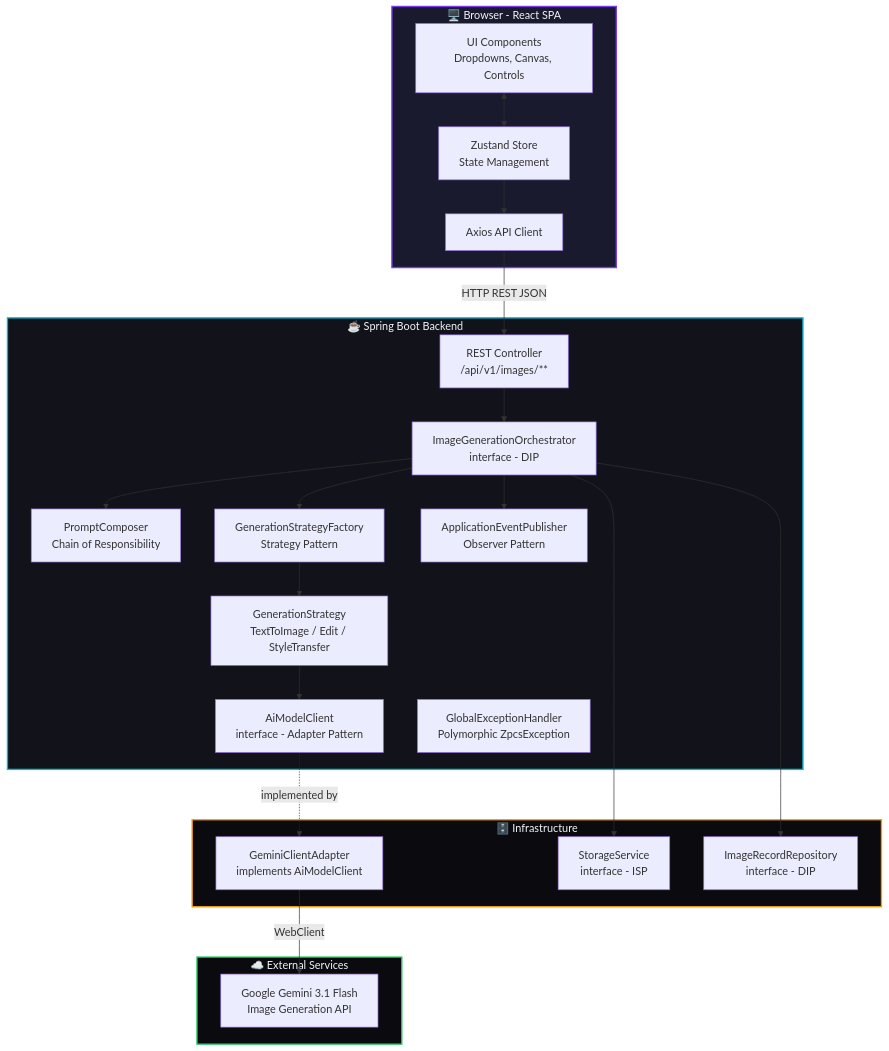
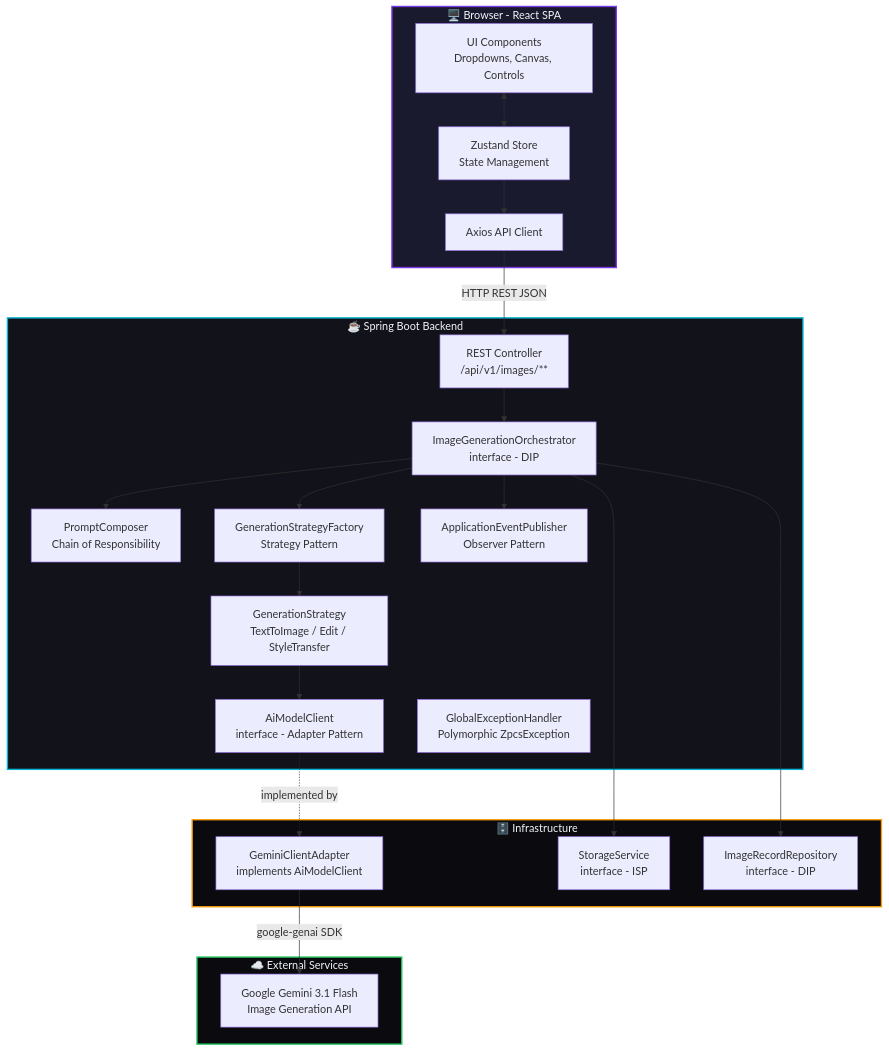
The first of 7 diagrams in docs/specs/architecture.md (nitin737/Zero-Prompt-Creative-Studio), drawn with Mermaid before and after one commit. The commit also changed other lines of this file and 17 other files, not shown here.

````diff
--- a/docs/specs/architecture.md
+++ b/docs/specs/architecture.md
@@ -171,48 +170,48 @@
 ```mermaid
 graph TB
     subgraph Client["🖥️ Browser - React SPA"]
         UI["UI Components<br/>Dropdowns, Canvas, Controls"]
         Store["Zustand Store<br/>State Management"]
         APIClient["Axios API Client"]
         UI <--> Store
         Store --> APIClient
     end
 
     subgraph Backend["☕ Spring Boot Backend"]
         Controller["REST Controller<br/>/api/v1/images/**"]
         Orchestrator["ImageGenerationOrchestrator<br/>interface - DIP"]
         PromptComposer["PromptComposer<br/>Chain of Responsibility"]
         StrategyFactory["GenerationStrategyFactory<br/>Strategy Pattern"]
         Strategy["GenerationStrategy<br/>TextToImage / Edit / StyleTransfer"]
         AIClient["AiModelClient<br/>interface - Adapter Pattern"]
         EventBus["ApplicationEventPublisher<br/>Observer Pattern"]
         ExHandler["GlobalExceptionHandler<br/>Polymorphic ZpcsException"]
     end
 
     subgraph Infra["🗄️ Infrastructure"]
         GeminiAdapter["GeminiClientAdapter<br/>implements AiModelClient"]
         StorageSvc["StorageService<br/>interface - ISP"]
         Repository["ImageRecordRepository<br/>interface - DIP"]
     end
 
     subgraph External["☁️ External Services"]
         GeminiAPI["Google Gemini 3.1 Flash<br/>Image Generation API"]
     end
 
     APIClient -->|"HTTP REST JSON"| Controller
     Controller --> Orchestrator
     Orchestrator --> PromptComposer
     Orchestrator --> StrategyFactory
     StrategyFactory --> Strategy
     Strategy --> AIClient
     AIClient -.->|"implemented by"| GeminiAdapter
-    GeminiAdapter -->|"WebClient"| GeminiAPI
+    GeminiAdapter -->|"google-genai SDK"| GeminiAPI
     Orchestrator --> StorageSvc
     Orchestrator --> Repository
     Orchestrator --> EventBus
 
     style Client fill:#1A1A2E,stroke:#7C3AED,stroke-width:2px,color:#F1F5F9
     style Backend fill:#12121A,stroke:#06B6D4,stroke-width:2px,color:#F1F5F9
     style Infra fill:#0A0A0F,stroke:#F59E0B,stroke-width:2px,color:#F1F5F9
     style External fill:#0A0A0F,stroke:#22C55E,stroke-width:2px,color:#F1F5F9
 ```
````
